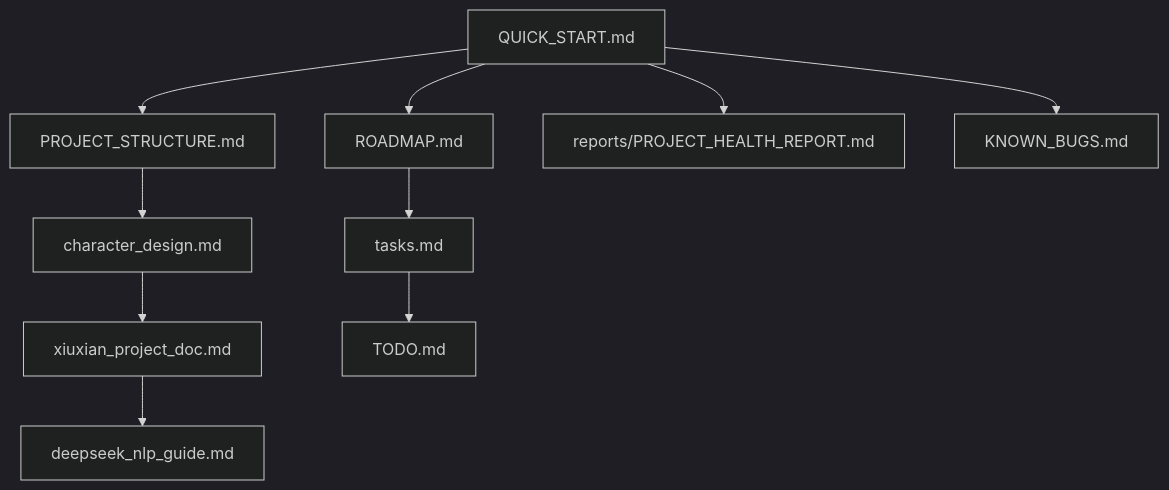
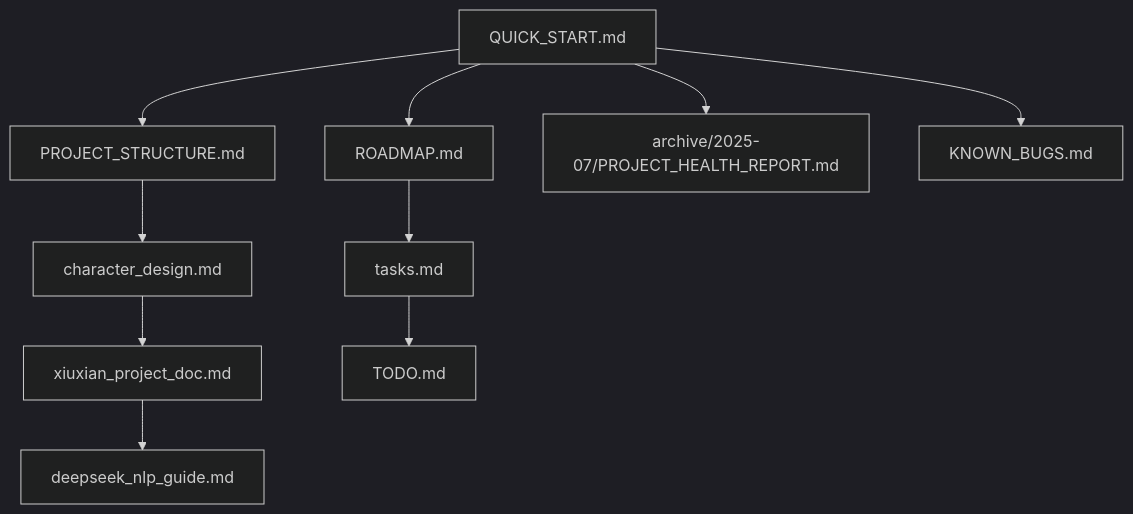
The diagram in docs/INDEX.md (cssius111/xianxia-world-engine), drawn with Mermaid (dark theme) before and after one commit. The commit also changed other lines of this file and 4 other files, not shown here.

Commit message:
docs: reorganize reports archive (#396)

````diff
--- a/docs/INDEX.md
+++ b/docs/INDEX.md
@@ -12,12 +12,12 @@
 ```mermaid
  graph TD
     QuickStart[QUICK_START.md] --> ProjectStructure[PROJECT_STRUCTURE.md]
     ProjectStructure --> CharacterDesign[character_design.md]
     CharacterDesign --> XiuxianDoc[xiuxian_project_doc.md]
     XiuxianDoc --> NLPGuide[deepseek_nlp_guide.md]
     QuickStart --> Roadmap[ROADMAP.md]
-    QuickStart --> Health[reports/PROJECT_HEALTH_REPORT.md]
+    QuickStart --> Health[archive/2025-07/PROJECT_HEALTH_REPORT.md]
     QuickStart --> Bugs[KNOWN_BUGS.md]
     Roadmap --> Tasks[tasks.md]
     Tasks --> Todo[TODO.md]
 ```
````
